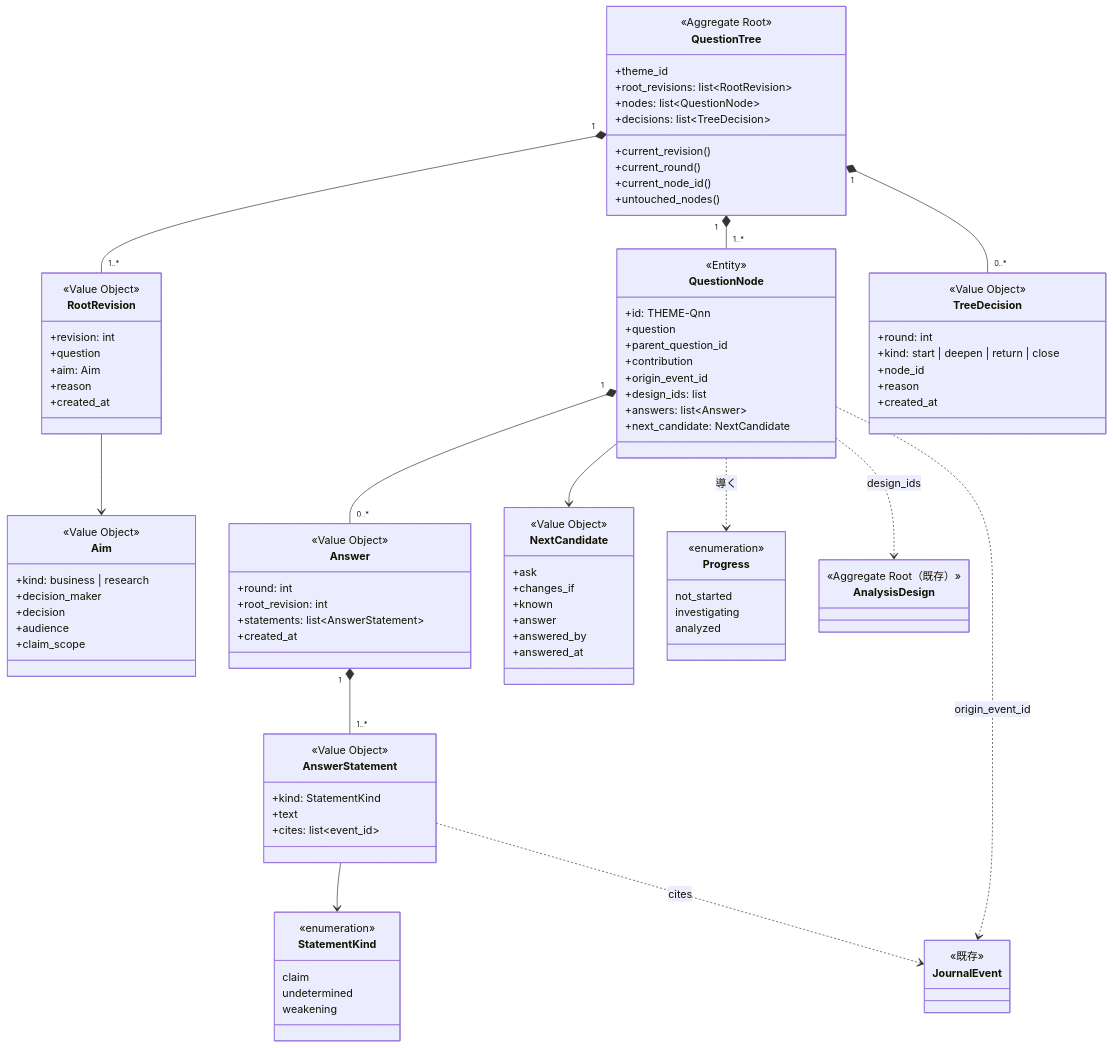
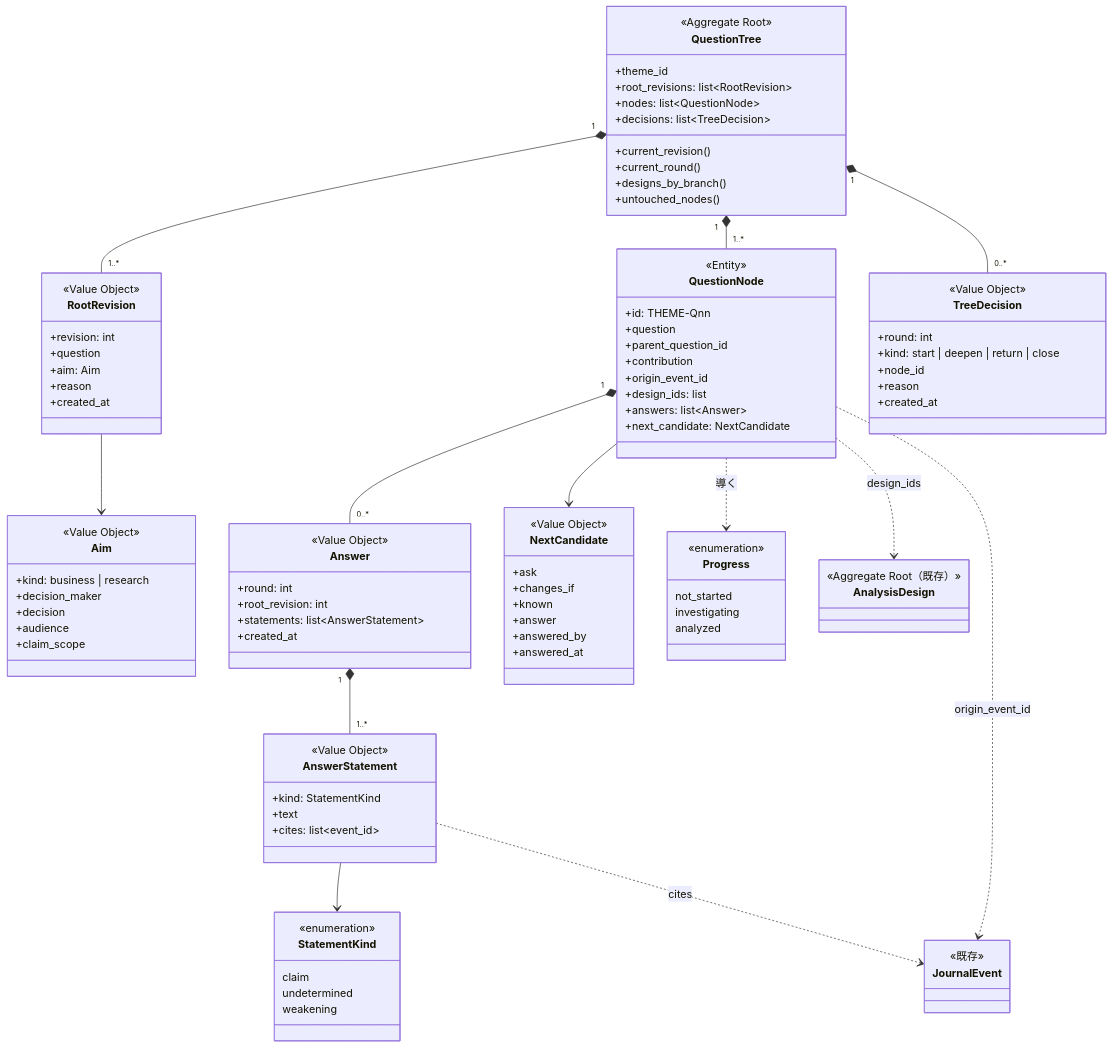
The second of 3 diagrams in docs/design/epic-18-question-tree.md (etoyama/insight-blueprint-skills), drawn with Mermaid before and after one commit. The commit also changed other lines of this file, not shown here.

```diff
--- a/docs/design/epic-18-question-tree.md
+++ b/docs/design/epic-18-question-tree.md
@@ -231,7 +231,7 @@
         +decisions: list~TreeDecision~
         +current_revision()
         +current_round()
-        +current_node_id()
+        +designs_by_branch()
         +untouched_nodes()
     }
     class RootRevision {
```
